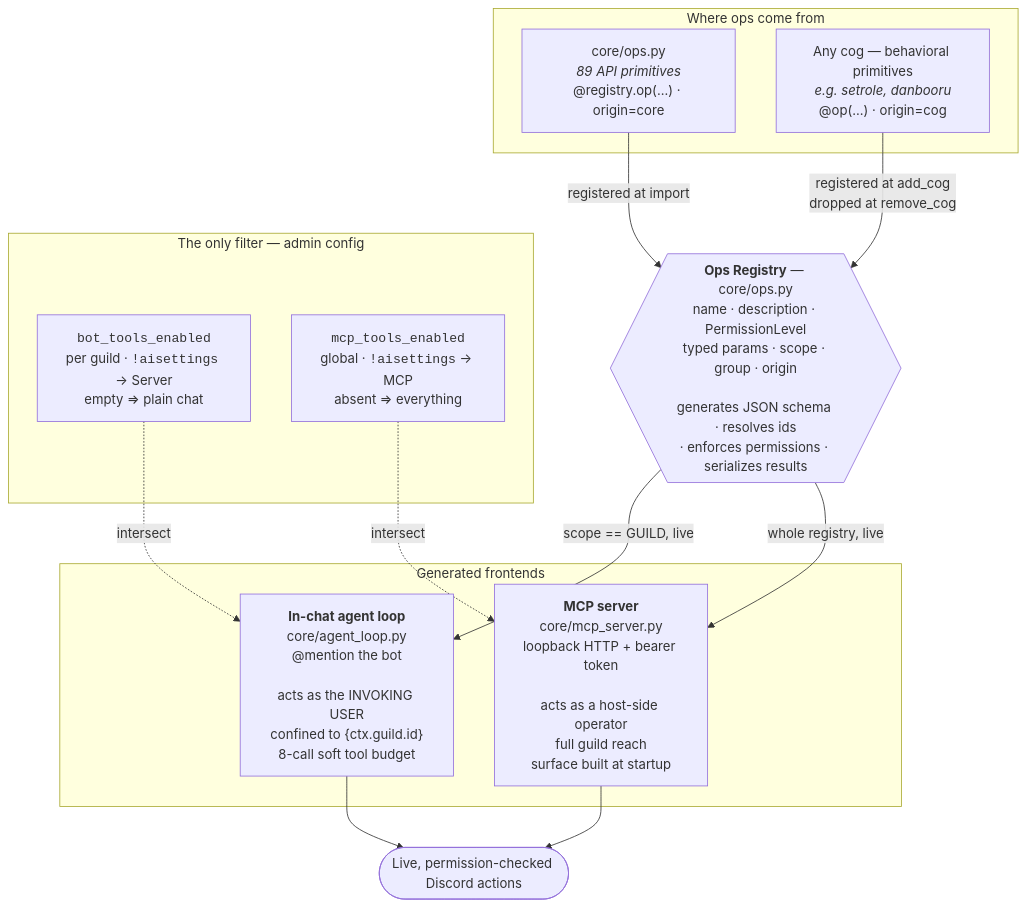
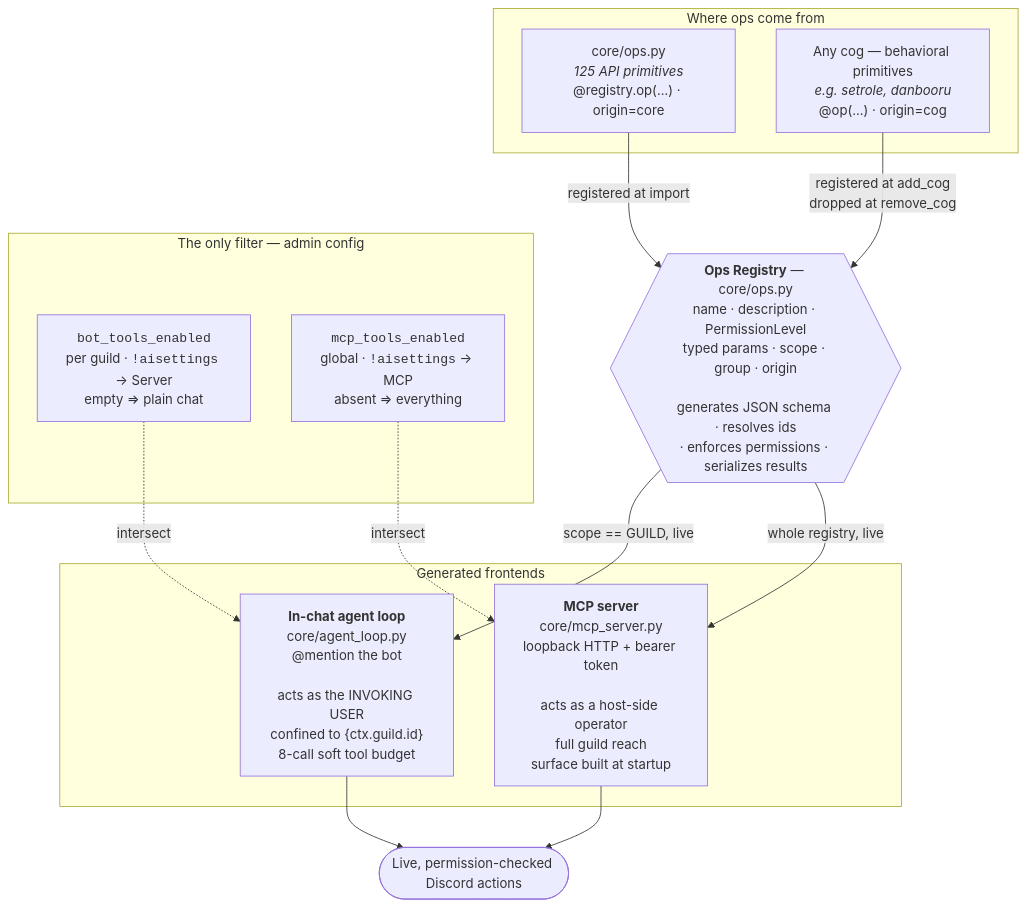
The first of 2 diagrams in README.md (dudebot/literallybot), drawn with Mermaid before and after one commit. The commit also changed other lines of this file and 9 other files, not shown here.

````diff
--- a/README.md
+++ b/README.md
@@ -79,31 +79,31 @@
 ```mermaid
 flowchart TB
     subgraph SRC["Where ops come from"]
-        CORE["core/ops.py<br/><i>89 API primitives</i><br/>@registry.op(...) · origin=core"]
+        CORE["core/ops.py<br/><i>125 API primitives</i><br/>@registry.op(...) · origin=core"]
         COG["Any cog — behavioral primitives<br/><i>e.g. setrole, danbooru</i><br/>@op(...) · origin=cog"]
     end
 
     REG{{"<b>Ops Registry</b> — core/ops.py<br/>name · description · PermissionLevel<br/>typed params · scope · group · origin<br/><br/>generates JSON schema · resolves ids<br/>· enforces permissions · serializes results"}}
 
     CORE -->|"registered at import"| REG
     COG -->|"registered at add_cog<br/>dropped at remove_cog"| REG
 
     subgraph FE["Generated frontends"]
         AGENT["<b>In-chat agent loop</b><br/>core/agent_loop.py<br/>@mention the bot<br/><br/>acts as the INVOKING USER<br/>confined to {ctx.guild.id}<br/>8-call soft tool budget"]
         MCP["<b>MCP server</b><br/>core/mcp_server.py<br/>loopback HTTP + bearer token<br/><br/>acts as a host-side operator<br/>full guild reach<br/>surface built at startup"]
     end
 
     REG -->|"scope == GUILD, live"| AGENT
     REG -->|"whole registry, live"| MCP
 
     subgraph CFG["The only filter — admin config"]
         BT["<code>bot_tools_enabled</code><br/>per guild · <code>!aisettings</code> → Server<br/>empty ⇒ plain chat"]
         MT["<code>mcp_tools_enabled</code><br/>global · <code>!aisettings</code> → MCP<br/>absent ⇒ everything"]
     end
 
     BT -.->|"intersect"| AGENT
     MT -.->|"intersect"| MCP
 
     AGENT --> OUT(["Live, permission-checked Discord actions"])
     MCP --> OUT
 ```
````
